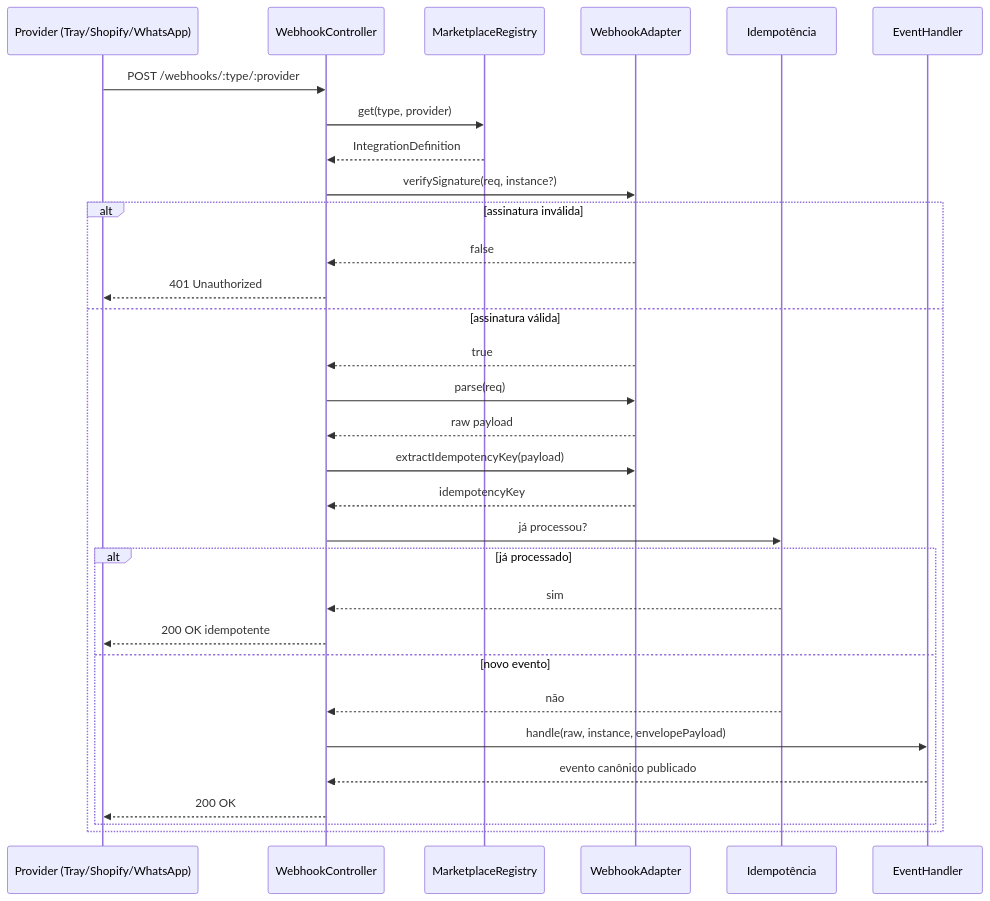
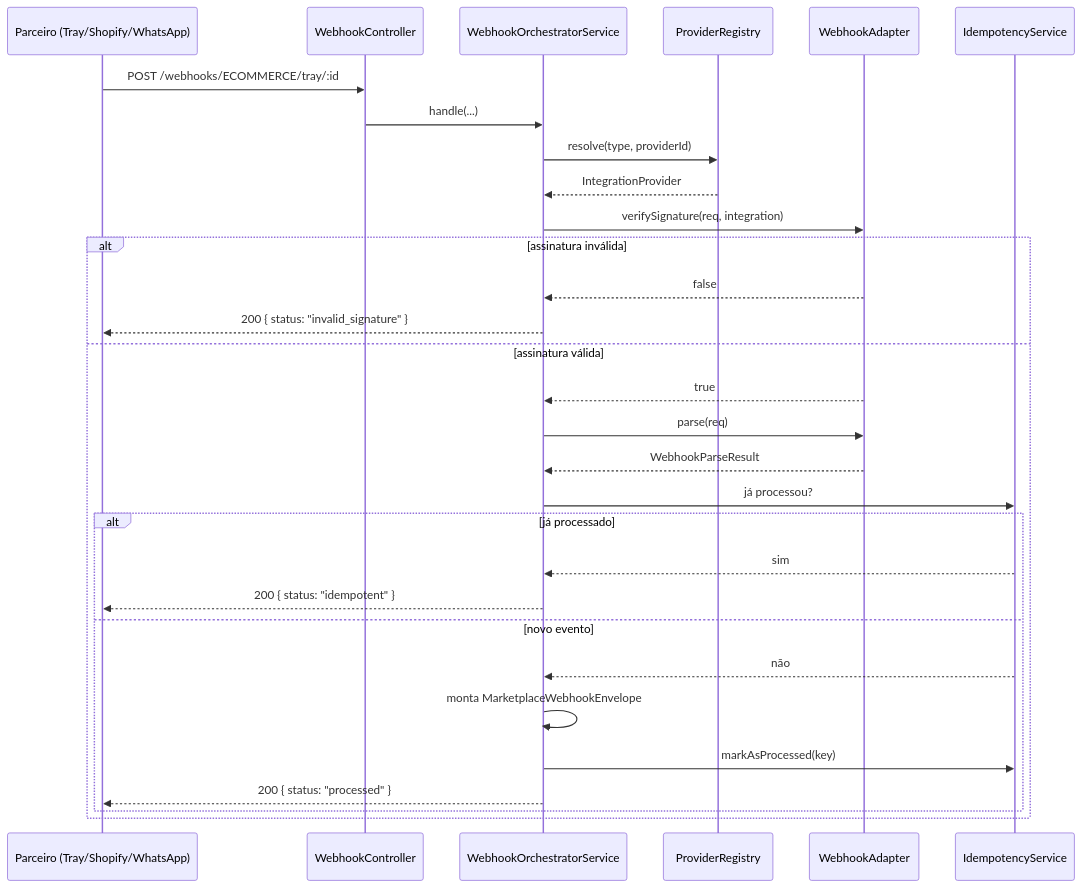
Before and after one commit to arthurhzk/arch-md: the second of 3 diagrams in README.md, drawn with Mermaid. The commit also changed other lines of this file, not shown here.

````diff
--- a/README.md
+++ b/README.md
@@ -332,36 +233,35 @@
 ```mermaid
 sequenceDiagram
-    participant Provider as Provider (Tray/Shopify/WhatsApp)
-    participant Ctrl as WebhookController
-    participant REG as MarketplaceRegistry
-    participant Adap as WebhookAdapter
-    participant IDM as Idempotência
-    participant Hdl as EventHandler
+    participant Provider as Parceiro (Tray/Shopify/WhatsApp)
+    participant WC as WebhookController
+    participant ORC as WebhookOrchestratorService
+    participant REG as ProviderRegistry
+    participant ADP as WebhookAdapter
+    participant IDM as IdempotencyService
 
-    Provider->>Ctrl: POST /webhooks/:type/:provider
-    Ctrl->>REG: get(type, provider)
-    REG-->>Ctrl: IntegrationDefinition
-    Ctrl->>Adap: verifySignature(req, instance?)
+    Provider->>WC: POST /webhooks/ECOMMERCE/tray/:id
+    WC->>ORC: handle(...)
+    ORC->>REG: resolve(type, providerId)
+    REG-->>ORC: IntegrationProvider
+    ORC->>ADP: verifySignature(req, integration)
 
     alt assinatura inválida
-        Adap-->>Ctrl: false
-        Ctrl-->>Provider: 401 Unauthorized
+        ADP-->>ORC: false
+        ORC-->>Provider: 200 { status: "invalid_signature" }
     else assinatura válida
-        Adap-->>Ctrl: true
-        Ctrl->>Adap: parse(req)
-        Adap-->>Ctrl: raw payload
-        Ctrl->>Adap: extractIdempotencyKey(payload)
-        Adap-->>Ctrl: idempotencyKey
-        Ctrl->>IDM: já processou?
+        ADP-->>ORC: true
+        ORC->>ADP: parse(req)
+        ADP-->>ORC: WebhookParseResult
+        ORC->>IDM: já processou?
 
         alt já processado
-            IDM-->>Ctrl: sim
-            Ctrl-->>Provider: 200 OK idempotente
+            IDM-->>ORC: sim
+            ORC-->>Provider: 200 { status: "idempotent" }
         else novo evento
-            IDM-->>Ctrl: não
-            Ctrl->>Hdl: handle(raw, instance, envelopePayload)
-            Hdl-->>Ctrl: evento canônico publicado
-            Ctrl-->>Provider: 200 OK
+            IDM-->>ORC: não
+            ORC->>ORC: monta MarketplaceWebhookEnvelope
+            ORC->>IDM: markAsProcessed(key)
+            ORC-->>Provider: 200 { status: "processed" }
         end
     end
 ```
````
